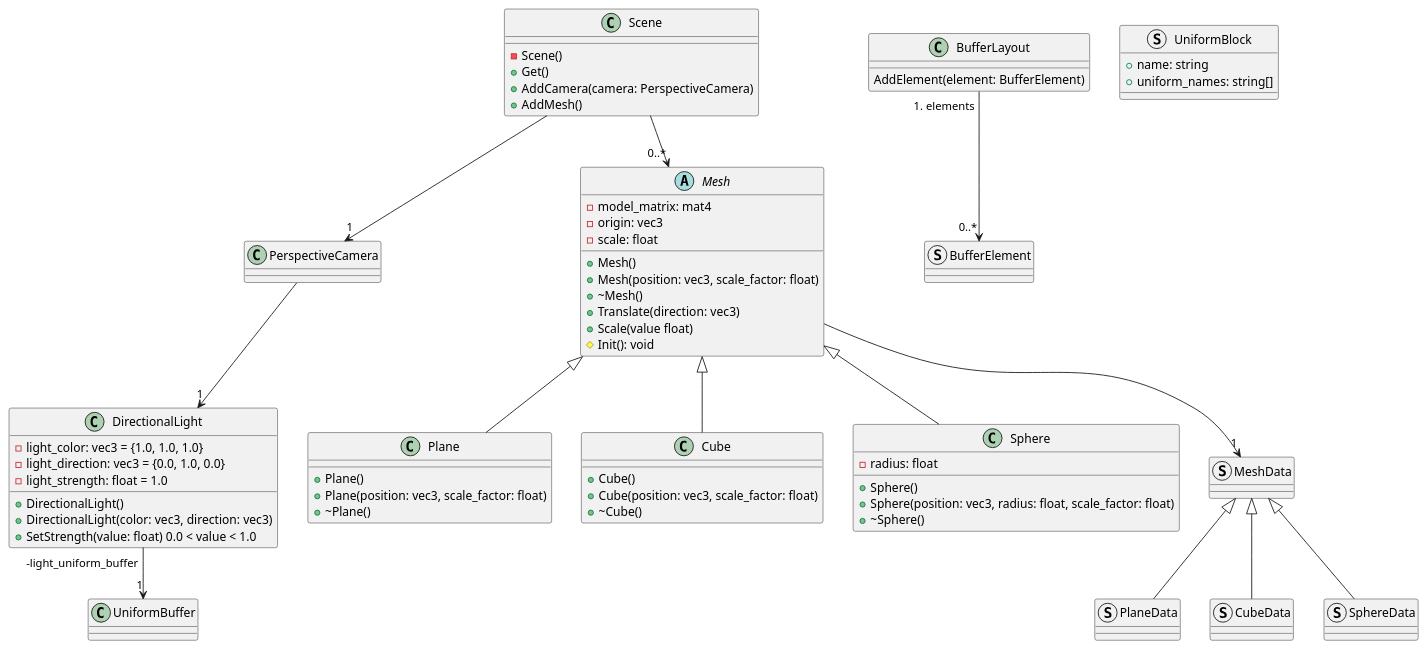
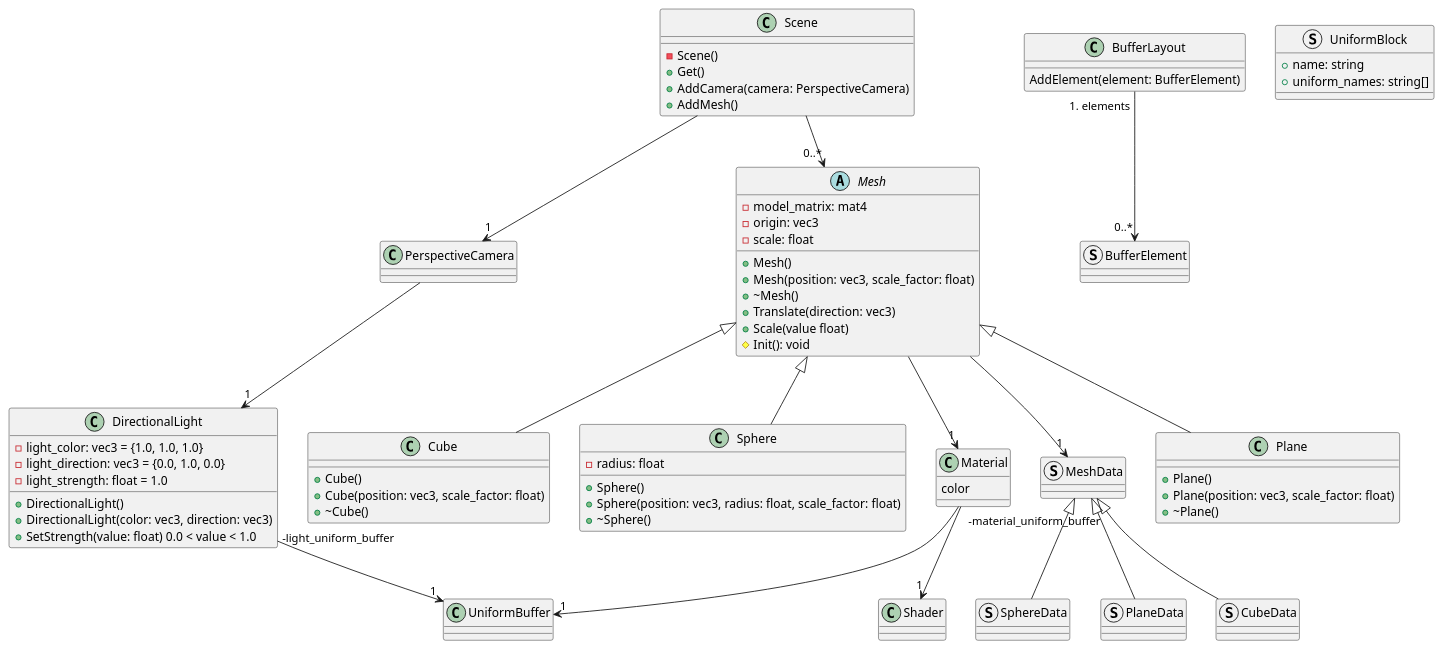
Before and after one commit to wolfel1/Raytracy: the diagram in docs/renderer/classes.puml, drawn with PlantUML. The commit also changed 12 other files, not shown here.

```diff
--- a/docs/renderer/classes.puml
+++ b/docs/renderer/classes.puml
@@ -1,80 +1,87 @@
 @startuml renderer_classes
 class Scene
 Scene : -Scene()
 Scene : +Get()
 Scene : +AddCamera(camera: PerspectiveCamera)
 Scene : +AddMesh()
 
 Scene --> "1" PerspectiveCamera
 Scene --> "0..*" Mesh
 
 class PerspectiveCamera
 PerspectiveCamera --> "1" DirectionalLight
 
 abstract Mesh
 Mesh : -model_matrix: mat4
 Mesh : -origin: vec3
 Mesh : -scale: float
 Mesh : +Mesh()
 Mesh : +Mesh(position: vec3, scale_factor: float)
 Mesh : +\~Mesh()
 Mesh : +Translate(direction: vec3)
 Mesh : +Scale(value float)
 Mesh : #Init(): void
 
 class Plane
 Plane : +Plane()
 Plane : +Plane(position: vec3, scale_factor: float)
 Plane : +\~Plane()
 
 class Cube
 Cube : +Cube()
 Cube : +Cube(position: vec3, scale_factor: float)
 Cube : +\~Cube()
 
 class Sphere
 Sphere : -radius: float
 Sphere : +Sphere()
 Sphere : +Sphere(position: vec3, radius: float, scale_factor: float)
 Sphere : +\~Sphere()
 
 struct MeshData
 
 struct PlaneData
 
 struct CubeData
 
 struct SphereData
 
 struct BufferElement
 
 class BufferLayout
 BufferLayout : AddElement(element: BufferElement)
 
 struct UniformBlock
 UniformBlock : +name: string
 UniformBlock : +uniform_names: string[]
 
 BufferLayout "#elements" --> "0..*" BufferElement
 
 class UniformBuffer
 
 class DirectionalLight
 DirectionalLight : -light_color: vec3 = {1.0, 1.0, 1.0}
 DirectionalLight : -light_direction: vec3 = {0.0, 1.0, 0.0}
 DirectionalLight : -light_strength: float = 1.0
 DirectionalLight : +DirectionalLight()
 DirectionalLight : +DirectionalLight(color: vec3, direction: vec3)
 DirectionalLight : +SetStrength(value: float) 0.0 < value < 1.0
 
 DirectionalLight "-light_uniform_buffer" --> "1" UniformBuffer
 
+class Material
+Material : color
+
+Material --> "1" Shader
+Material "-material_uniform_buffer" --> "1" UniformBuffer
+
 Mesh --> "1" MeshData
+Mesh --> "1" Material
 MeshData <|-- PlaneData
 MeshData <|-- CubeData
 MeshData <|-- SphereData
 
 Mesh <|-- Plane
 Mesh <|-- Cube
 Mesh <|-- Sphere
 @enduml
```
